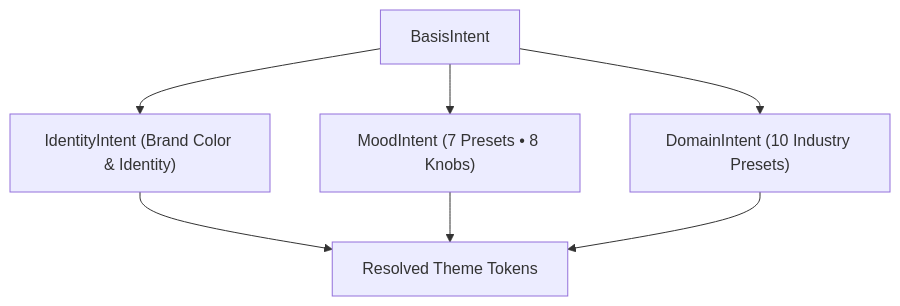
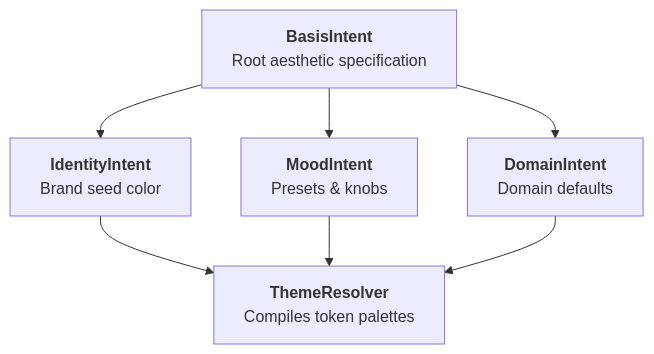
The diagram in docs/docs-site/src/content/docs/theming/intent.mdx (alph-a07/basis), drawn with Mermaid before and after one commit. The commit also changed 8 other files, not shown here.

Commit message:
fix(docs): resolve tiny mermaid scaling and text truncation

````diff
--- a/docs/docs-site/src/content/docs/theming/intent.mdx
+++ b/docs/docs-site/src/content/docs/theming/intent.mdx
@@ -11,10 +11,11 @@
 ```mermaid
 flowchart TD
-    Root["BasisIntent"] --> ID["IdentityIntent (Brand Color & Identity)"]
-    Root --> Mood["MoodIntent (7 Presets • 8 Knobs)"]
-    Root --> Dom["DomainIntent (10 Industry Presets)"]
+    Root["<b>BasisIntent</b><br/>Root aesthetic specification"]
+    Root --> ID["<b>IdentityIntent</b><br/>Brand seed color"]
+    Root --> Mood["<b>MoodIntent</b><br/>Presets & knobs"]
+    Root --> Dom["<b>DomainIntent</b><br/>Domain defaults"]
 
-    ID --> Out["Resolved Theme Tokens"]
+    ID --> Out["<b>ThemeResolver</b><br/>Compiles token palettes"]
     Mood --> Out
     Dom --> Out
 ```
````
